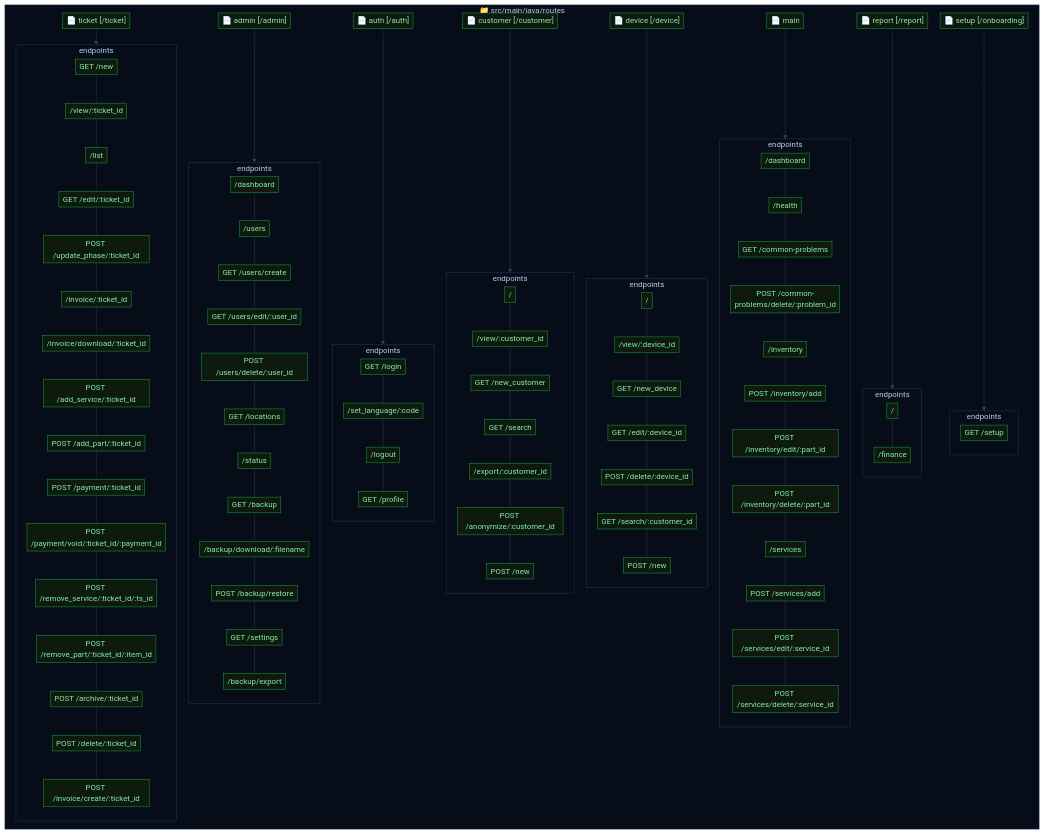
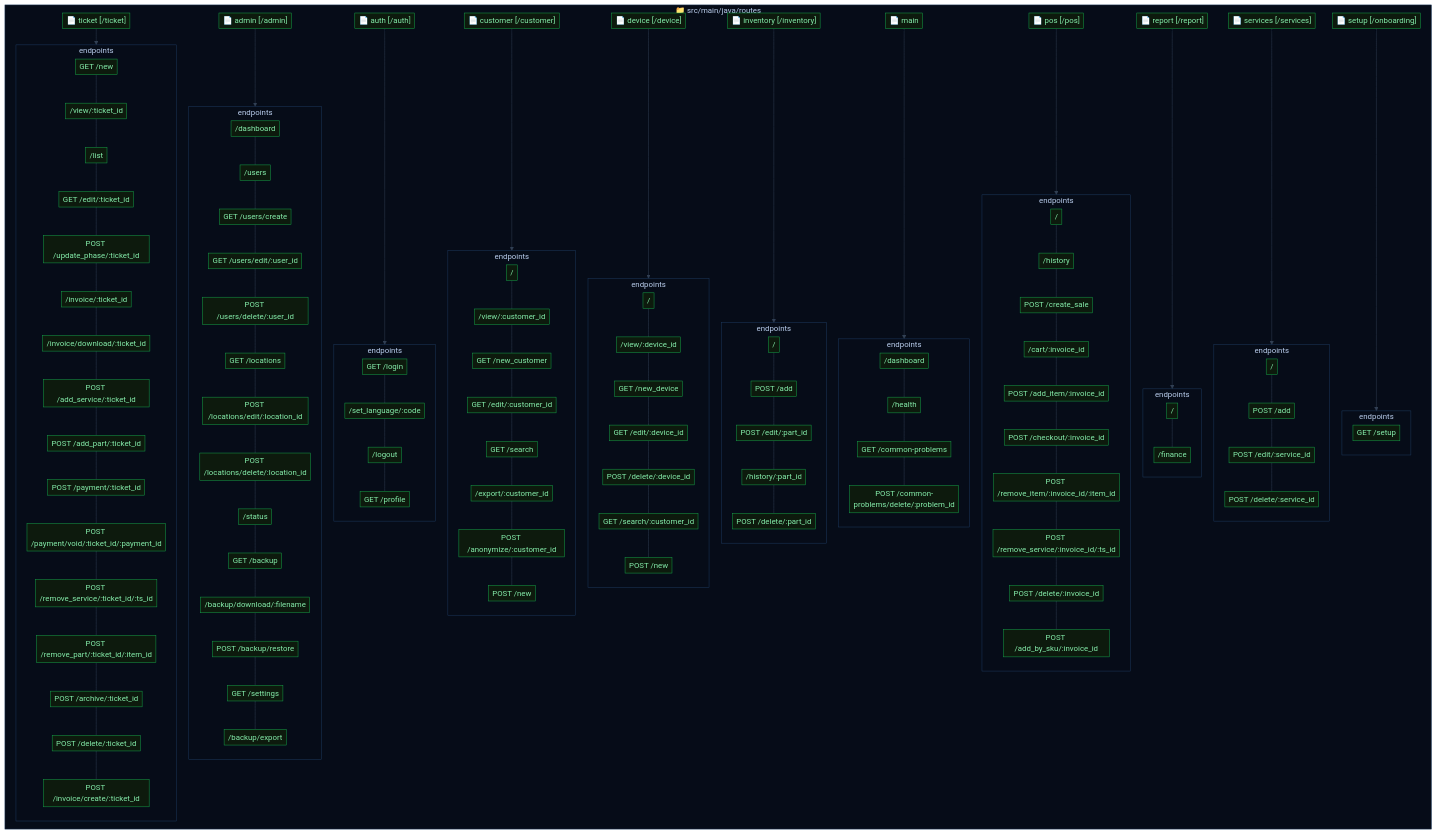
One commit to ndarjo/repair_shop_ticketing changed the diagram in .codebase-viz/rendering.md. Above: the diagram before and after it, drawn with Mermaid. The commit also changed 77 other files, not shown here.

```diff
--- a/.codebase-viz/rendering.md
+++ b/.codebase-viz/rendering.md
@@ -23,6 +23,8 @@
     route_routes_admin_py__admin_users_edit__user_id["GET /users/edit/:user_id"]:::ssr
     route_routes_admin_py__admin_users_delete__user_id["POST /users/delete/:user_id"]:::ssr
     route_routes_admin_py__admin_locations["GET /locations"]:::ssr
+    route_routes_admin_py__admin_locations_edit__location_id["POST /locations/edit/:location_id"]:::ssr
+    route_routes_admin_py__admin_locations_delete__location_id["POST /locations/delete/:location_id"]:::ssr
     route_routes_admin_py__admin_status["/status"]:::ssr
     route_routes_admin_py__admin_backup["GET /backup"]:::ssr
     route_routes_admin_py__admin_backup_download__filename["/backup/download/:filename"]:::ssr
@@ -34,7 +36,9 @@
     route_routes_admin_py__admin_users_create --- route_routes_admin_py__admin_users_edit__user_id
     route_routes_admin_py__admin_users_edit__user_id --- route_routes_admin_py__admin_users_delete__user_id
     route_routes_admin_py__admin_users_delete__user_id --- route_routes_admin_py__admin_locations
-    route_routes_admin_py__admin_locations --- route_routes_admin_py__admin_status
+    route_routes_admin_py__admin_locations --- route_routes_admin_py__admin_locations_edit__location_id
+    route_routes_admin_py__admin_locations_edit__location_id --- route_routes_admin_py__admin_locations_delete__location_id
+    route_routes_admin_py__admin_locations_delete__location_id --- route_routes_admin_py__admin_status
     route_routes_admin_py__admin_status --- route_routes_admin_py__admin_backup
     route_routes_admin_py__admin_backup --- route_routes_admin_py__admin_backup_download__filename
     route_routes_admin_py__admin_backup_download__filename --- route_routes_admin_py__admin_backup_restore
@@ -60,13 +64,15 @@
     route_routes_customer_py__customer["/"]:::ssr
     route_routes_customer_py__customer_view__customer_id["/view/:customer_id"]:::ssr
     route_routes_customer_py__customer_new_customer["GET /new_customer"]:::ssr
+    route_routes_customer_py__customer_edit__customer_id["GET /edit/:customer_id"]:::ssr
     route_routes_customer_py__customer_search["GET /search"]:::ssr
     route_routes_customer_py__customer_export__customer_id["/export/:customer_id"]:::ssr
     route_routes_customer_py__customer_anonymize__customer_id["POST /anonymize/:customer_id"]:::ssr
     route_routes_customer_py__customer_new["POST /new"]:::ssr
     route_routes_customer_py__customer --- route_routes_customer_py__customer_view__customer_id
     route_routes_customer_py__customer_view__customer_id --- route_routes_customer_py__customer_new_customer
-    route_routes_customer_py__customer_new_customer --- route_routes_customer_py__customer_search
+    route_routes_customer_py__customer_new_customer --- route_routes_customer_py__customer_edit__customer_id
+    route_routes_customer_py__customer_edit__customer_id --- route_routes_customer_py__customer_search
     route_routes_customer_py__customer_search --- route_routes_customer_py__customer_export__customer_id
     route_routes_customer_py__customer_export__customer_id --- route_routes_customer_py__customer_anonymize__customer_id
     route_routes_customer_py__customer_anonymize__customer_id --- route_routes_customer_py__customer_new
@@ -90,6 +96,20 @@
     route_routes_device_py__device_search__customer_id --- route_routes_device_py__device_new
   end
   leaf_device --> endpoints_device
+  leaf_inventory["📄 inventory [/inventory]"]:::ssr
+  subgraph endpoints_inventory["endpoints"]
+    direction TB
+    route_routes_inventory_py__inventory["/"]:::ssr
+    route_routes_inventory_py__inventory_add["POST /add"]:::ssr
+    route_routes_inventory_py__inventory_edit__part_id["POST /edit/:part_id"]:::ssr
+    route_routes_inventory_py__inventory_history__part_id["/history/:part_id"]:::ssr
+    route_routes_inventory_py__inventory_delete__part_id["POST /delete/:part_id"]:::ssr
+    route_routes_inventory_py__inventory --- route_routes_inventory_py__inventory_add
+    route_routes_inventory_py__inventory_add --- route_routes_inventory_py__inventory_edit__part_id
+    route_routes_inventory_py__inventory_edit__part_id --- route_routes_inventory_py__inventory_history__part_id
+    route_routes_inventory_py__inventory_history__part_id --- route_routes_inventory_py__inventory_delete__part_id
+  end
+  leaf_inventory --> endpoints_inventory
   leaf_main["📄 main"]:::ssr
   subgraph endpoints_main["endpoints"]
     direction TB
@@ -97,27 +117,35 @@
     route_routes_main_py__health["/health"]:::ssr
     route_routes_main_py__common_problems["GET /common-problems"]:::ssr
     route_routes_main_py__common_problems_delete__problem_id["POST /common-problems/delete/:problem_id"]:::ssr
-    route_routes_main_py__inventory["/inventory"]:::ssr
-    route_routes_main_py__inventory_add["POST /inventory/add"]:::ssr
-    route_routes_main_py__inventory_edit__part_id["POST /inventory/edit/:part_id"]:::ssr
-    route_routes_main_py__inventory_delete__part_id["POST /inventory/delete/:part_id"]:::ssr
-    route_routes_main_py__services["/services"]:::ssr
-    route_routes_main_py__services_add["POST /services/add"]:::ssr
-    route_routes_main_py__services_edit__service_id["POST /services/edit/:service_id"]:::ssr
-    route_routes_main_py__services_delete__service_id["POST /services/delete/:service_id"]:::ssr
     route_routes_main_py__dashboard --- route_routes_main_py__health
     route_routes_main_py__health --- route_routes_main_py__common_problems
     route_routes_main_py__common_problems --- route_routes_main_py__common_problems_delete__problem_id
-    route_routes_main_py__common_problems_delete__problem_id --- route_routes_main_py__inventory
-    route_routes_main_py__inventory --- route_routes_main_py__inventory_add
-    route_routes_main_py__inventory_add --- route_routes_main_py__inventory_edit__part_id
-    route_routes_main_py__inventory_edit__part_id --- route_routes_main_py__inventory_delete__part_id
-    route_routes_main_py__inventory_delete__part_id --- route_routes_main_py__services
-    route_routes_main_py__services --- route_routes_main_py__services_add
-    route_routes_main_py__services_add --- route_routes_main_py__services_edit__service_id
-    route_routes_main_py__services_edit__service_id --- route_routes_main_py__services_delete__service_id
   end
   leaf_main --> endpoints_main
+  leaf_pos["📄 pos [/pos]"]:::ssr
+  subgraph endpoints_pos["endpoints"]
+    direction TB
+    route_routes_pos_py__pos["/"]:::ssr
+    route_routes_pos_py__pos_history["/history"]:::ssr
+    route_routes_pos_py__pos_create_sale["POST /create_sale"]:::ssr
+    route_routes_pos_py__pos_cart__invoice_id["/cart/:invoice_id"]:::ssr
+    route_routes_pos_py__pos_add_item__invoice_id["POST /add_item/:invoice_id"]:::ssr
+    route_routes_pos_py__pos_checkout__invoice_id["POST /checkout/:invoice_id"]:::ssr
+    route_routes_pos_py__pos_remove_item__invoice_id__item_id["POST /remove_item/:invoice_id/:item_id"]:::ssr
+    route_routes_pos_py__pos_remove_service__invoice_id__ts_id["POST /remove_service/:invoice_id/:ts_id"]:::ssr
+    route_routes_pos_py__pos_delete__invoice_id["POST /delete/:invoice_id"]:::ssr
+    route_routes_pos_py__pos_add_by_sku__invoice_id["POST /add_by_sku/:invoice_id"]:::ssr
+    route_routes_pos_py__pos --- route_routes_pos_py__pos_history
+    route_routes_pos_py__pos_history --- route_routes_pos_py__pos_create_sale
+    route_routes_pos_py__pos_create_sale --- route_routes_pos_py__pos_cart__invoice_id
+    route_routes_pos_py__pos_cart__invoice_id --- route_routes_pos_py__pos_add_item__invoice_id
+    route_routes_pos_py__pos_add_item__invoice_id --- route_routes_pos_py__pos_checkout__invoice_id
+    route_routes_pos_py__pos_checkout__invoice_id --- route_routes_pos_py__pos_remove_item__invoice_id__item_id
+    route_routes_pos_py__pos_remove_item__invoice_id__item_id --- route_routes_pos_py__pos_remove_service__invoice_id__ts_id
+    route_routes_pos_py__pos_remove_service__invoice_id__ts_id --- route_routes_pos_py__pos_delete__invoice_id
+    route_routes_pos_py__pos_delete__invoice_id --- route_routes_pos_py__pos_add_by_sku__invoice_id
+  end
+  leaf_pos --> endpoints_pos
   leaf_report["📄 report [/report]"]:::ssr
   subgraph endpoints_report["endpoints"]
     direction TB
@@ -126,6 +154,18 @@
     route_routes_report_py__report --- route_routes_report_py__report_finance
   end
   leaf_report --> endpoints_report
+  leaf_services["📄 services [/services]"]:::ssr
+  subgraph endpoints_services["endpoints"]
+    direction TB
+    route_routes_services_py__services["/"]:::ssr
+    route_routes_services_py__services_add["POST /add"]:::ssr
+    route_routes_services_py__services_edit__service_id["POST /edit/:service_id"]:::ssr
+    route_routes_services_py__services_delete__service_id["POST /delete/:service_id"]:::ssr
+    route_routes_services_py__services --- route_routes_services_py__services_add
+    route_routes_services_py__services_add --- route_routes_services_py__services_edit__service_id
+    route_routes_services_py__services_edit__service_id --- route_routes_services_py__services_delete__service_id
+  end
+  leaf_services --> endpoints_services
   leaf_setup["📄 setup [/onboarding]"]:::ssr
   subgraph endpoints_setup["endpoints"]
     direction TB
```
